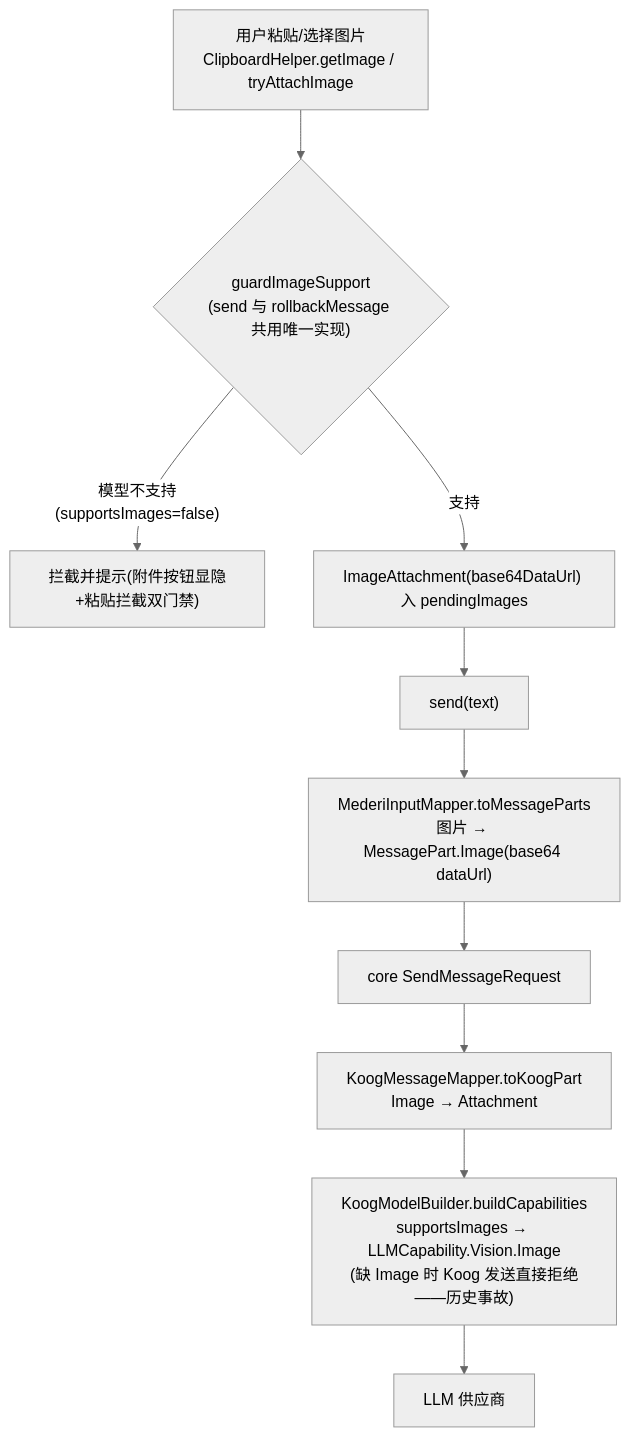
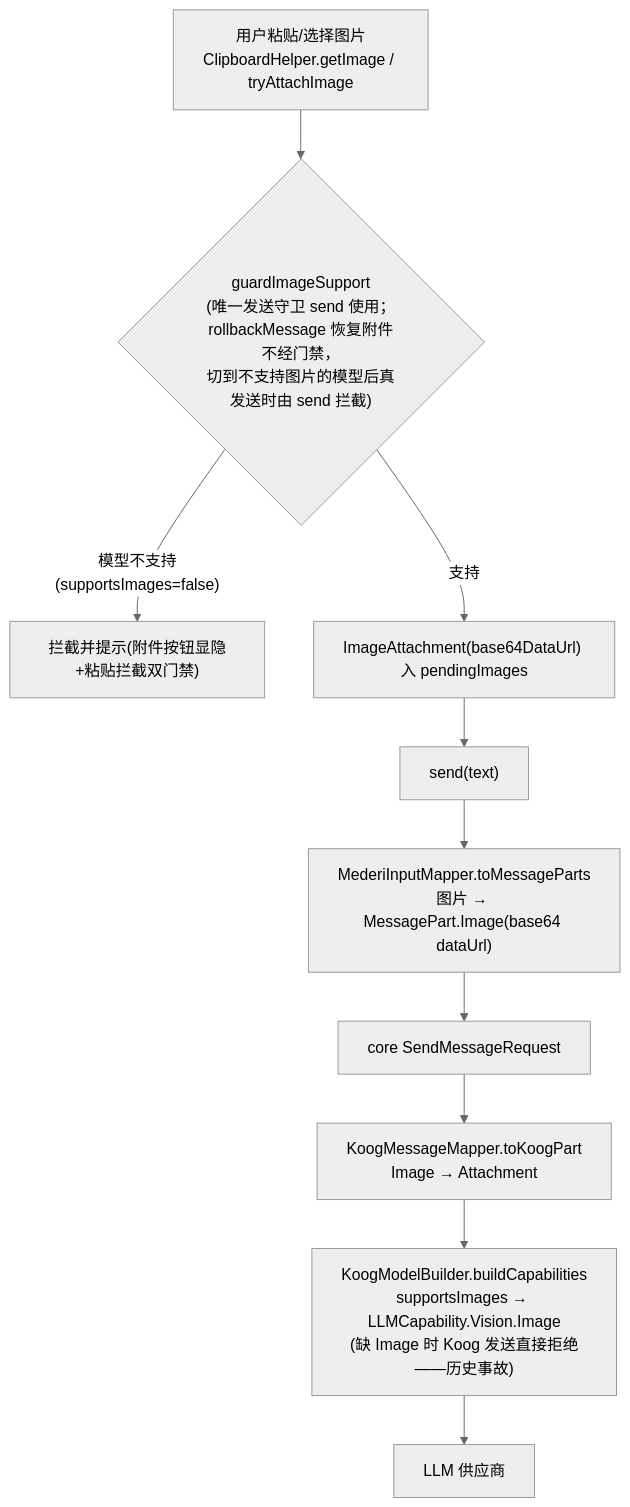
Before and after one commit to lzdev42/mederi: diagram 14 of 15 in mederi/docs/architecture/04-flows.md, drawn with Mermaid (neutral theme). The commit also changed other lines of this file and 45 other files, not shown here.

````diff
--- a/mederi/docs/architecture/04-flows.md
+++ b/mederi/docs/architecture/04-flows.md
@@ -369,12 +368,12 @@
 ```mermaid
 flowchart TD
-    P1["用户粘贴/选择图片<br/>ClipboardHelper.getImage / tryAttachImage"] --> G1{"guardImageSupport<br/>(send 与 rollbackMessage 共用唯一实现)"}
+    P1["用户粘贴/选择图片<br/>ClipboardHelper.getImage / tryAttachImage"] --> G1{"guardImageSupport<br/>(唯一发送守卫 send 使用；rollbackMessage 恢复附件不经门禁，<br/>切到不支持图片的模型后真发送时由 send 拦截)"}
     G1 -- "模型不支持(supportsImages=false)" --> X["拦截并提示(附件按钮显隐+粘贴拦截双门禁)"]
     G1 -- "支持" --> A1["ImageAttachment(base64DataUrl) 入 pendingImages"]
     A1 --> SEND["send(text)"]
     SEND --> M1["MederiInputMapper.toMessageParts<br/>图片 → MessagePart.Image(base64 dataUrl)"]
     M1 --> CORE["core SendMessageRequest"]
     CORE --> K1["KoogMessageMapper.toKoogPart<br/>Image → Attachment"]
     K1 --> CAP["KoogModelBuilder.buildCapabilities<br/>supportsImages → LLMCapability.Vision.Image<br/>(缺 Image 时 Koog 发送直接拒绝——历史事故)"]
     CAP --> LLM["LLM 供应商"]
 ```
````
